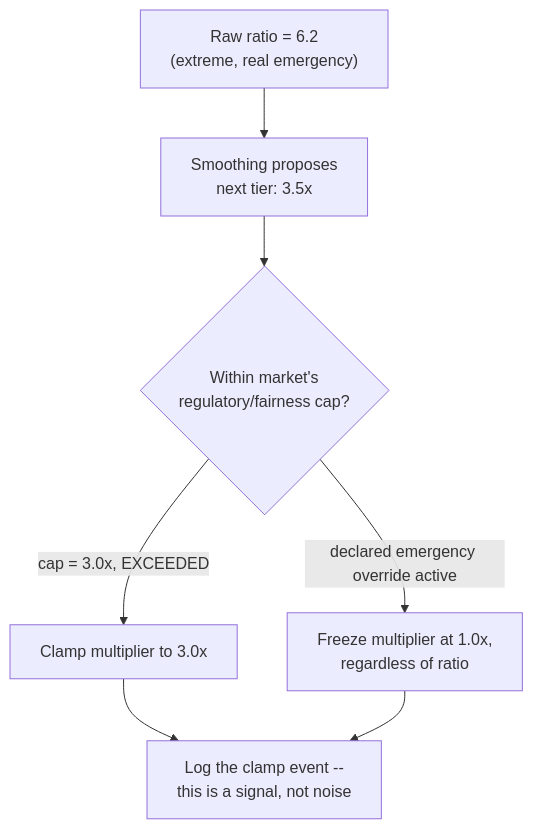
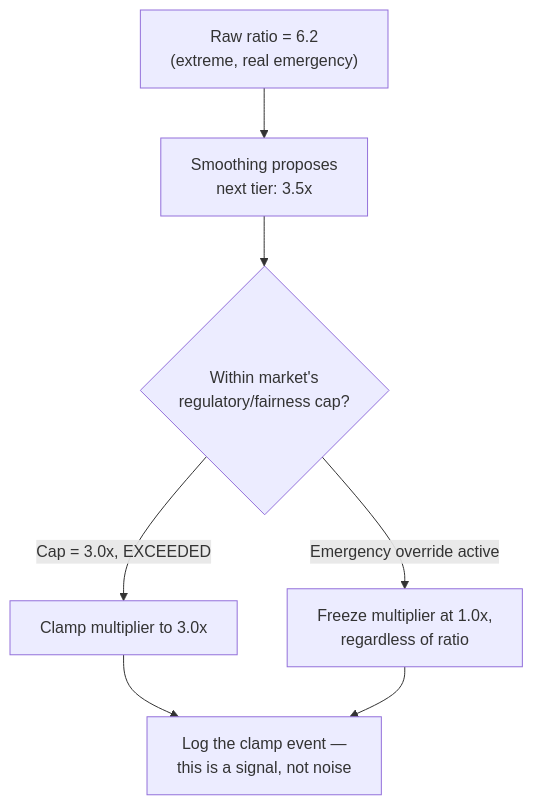
One commit to riyaz-pasha/Learnings changed the eighth of 13 diagrams in system-design/HLD/0-course/53-Design-Uber-Surge-Pricing-Engine-FAANG-Guide-story.md. Above: the diagram before and after it, drawn with Mermaid. The commit also changed other lines of this file and 1 other file, not shown here.

Commit message:
[REWRITE] Uber Surge Pricing Engine story guide: simplify prose, add structure, fix diagrams

````diff
--- a/system-design/HLD/0-course/53-Design-Uber-Surge-Pricing-Engine-FAANG-Guide-story.md
+++ b/system-design/HLD/0-course/53-Design-Uber-Surge-Pricing-Engine-FAANG-Guide-story.md
@@ -175,9 +380,9 @@
 ```mermaid
 flowchart TD
-    A["Raw ratio = 6.2\n(extreme, real emergency)"] --> B["Smoothing proposes\nnext tier: 3.5x"]
-    B --> C{"Within market's\nregulatory/fairness cap?"}
-    C -->|"cap = 3.0x, EXCEEDED"| D["Clamp multiplier to 3.0x"]
-    C -->|"declared emergency override active"| E["Freeze multiplier at 1.0x,\nregardless of ratio"]
-    D --> F["Log the clamp event --\nthis is a signal, not noise"]
+    A["Raw ratio = 6.2<br/>(extreme, real emergency)"] --> B["Smoothing proposes<br/>next tier: 3.5x"]
+    B --> C{"Within market's<br/>regulatory/fairness cap?"}
+    C -->|"Cap = 3.0x, EXCEEDED"| D["Clamp multiplier to 3.0x"]
+    C -->|"Emergency override active"| E["Freeze multiplier at 1.0x,<br/>regardless of ratio"]
+    D --> F["Log the clamp event —<br/>this is a signal, not noise"]
     E --> F
 ```
````
